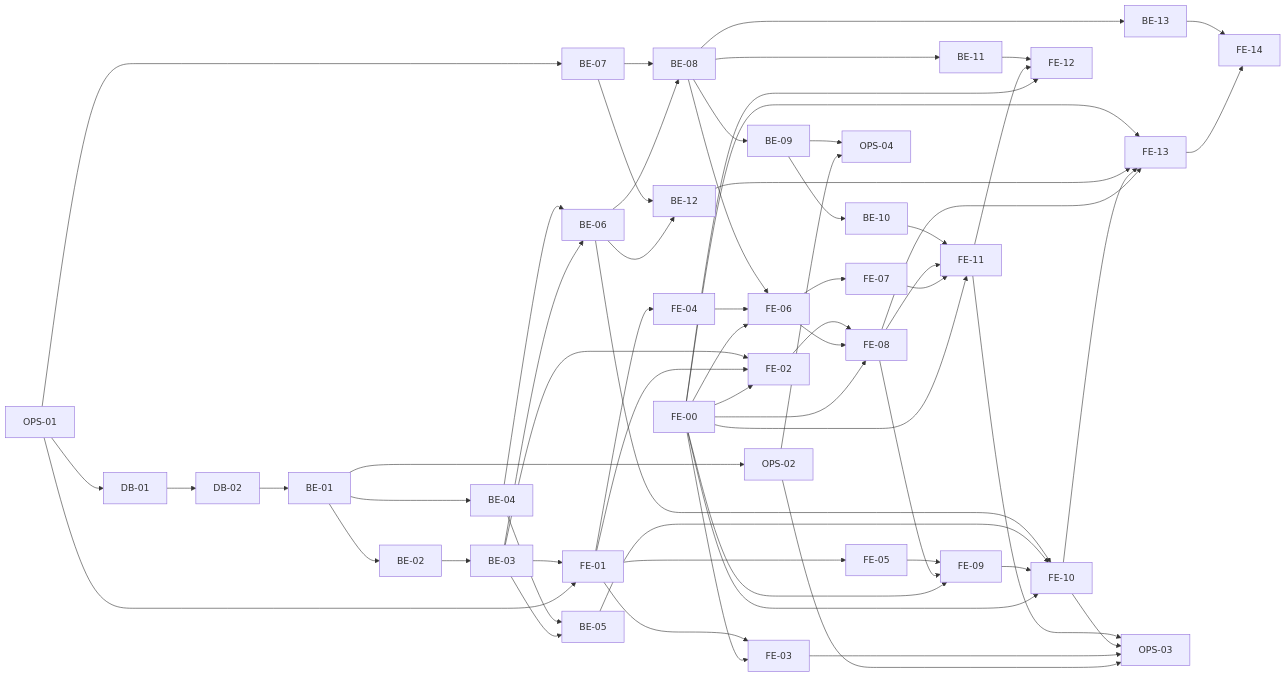
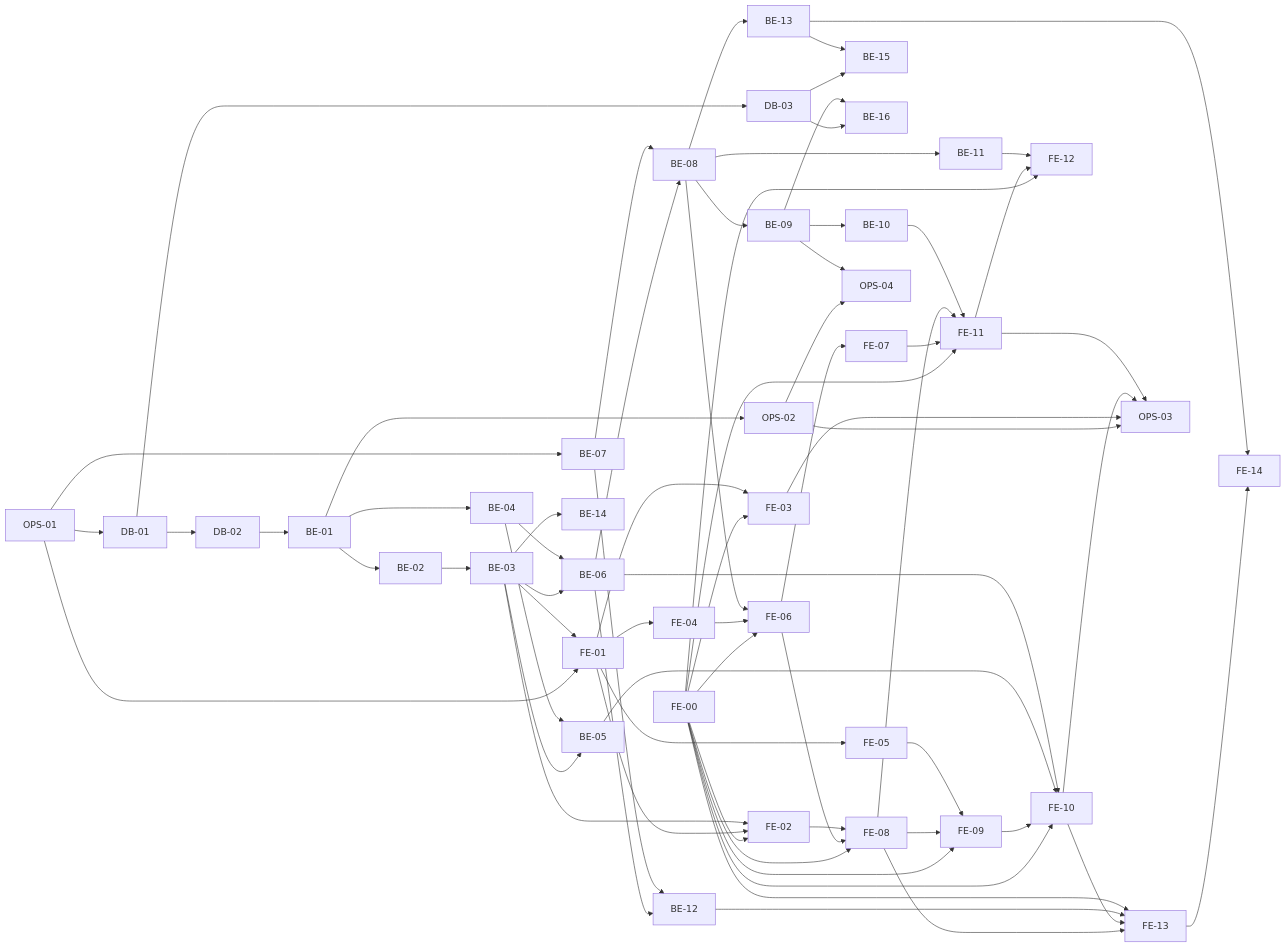
One commit to hyunboee/drop_app changed the diagram in docs/8-plan.md. Above: the diagram before and after it, drawn with Mermaid. The commit also changed other lines of this file and 21 other files, not shown here.

````diff
--- a/docs/8-plan.md
+++ b/docs/8-plan.md
@@ -59,63 +60,69 @@
 ```mermaid
 flowchart LR
   OPS01["OPS-01"] --> DB01["DB-01"] --> DB02["DB-02"] --> BE01["BE-01"]
   BE01 --> BE02["BE-02"] --> BE03["BE-03"]
   BE01 --> BE04["BE-04"]
   OPS01 --> BE07["BE-07"]
   BE03 --> BE05["BE-05"]
   BE04 --> BE05
   BE03 --> BE06["BE-06"]
   BE04 --> BE06
   BE06 --> BE08["BE-08"]
   BE07 --> BE08
   BE08 --> BE09["BE-09"] --> BE10["BE-10"]
   BE08 --> BE11["BE-11"]
   BE06 --> BE12["BE-12"]
   BE07 --> BE12
   BE08 --> BE13["BE-13"]
+  DB01 --> DB03["DB-03"]
+  BE03 --> BE14["BE-14"]
+  DB03 --> BE15["BE-15"]
+  BE13 --> BE15
+  DB03 --> BE16["BE-16"]
+  BE09 --> BE16
   BE01 --> OPS02["OPS-02"]
 
   FE00["FE-00"] --> FE02
   FE00 --> FE03
   FE00 --> FE06
   FE00 --> FE08
   FE00 --> FE09
   FE00 --> FE10
   FE00 --> FE11
   FE00 --> FE12
   OPS01 --> FE01["FE-01"]
   BE03 --> FE01
   FE01 --> FE02["FE-02"]
   BE03 --> FE02
   FE01 --> FE03["FE-03"]
   FE01 --> FE04["FE-04"]
   FE01 --> FE05["FE-05"]
   FE04 --> FE06["FE-06"]
   BE08 --> FE06
   FE06 --> FE07["FE-07"]
   FE06 --> FE08["FE-08"]
   FE02 --> FE08
   FE08 --> FE09["FE-09"]
   FE05 --> FE09
   FE09 --> FE10["FE-10"]
   BE05 --> FE10
   BE06 --> FE10
   FE07 --> FE11["FE-11"]
   FE08 --> FE11
   BE10 --> FE11
   FE11 --> FE12["FE-12"]
   BE11 --> FE12
   FE08 --> FE13["FE-13"]
   FE10 --> FE13
   BE12 --> FE13
   FE00 --> FE13
   FE13 --> FE14["FE-14"]
   BE13 --> FE14
 
   OPS02 --> OPS03["OPS-03"]
   FE03 --> OPS03
   FE10 --> OPS03
   FE11 --> OPS03
   OPS02 --> OPS04["OPS-04"]
   BE09 --> OPS04
 ```
````
